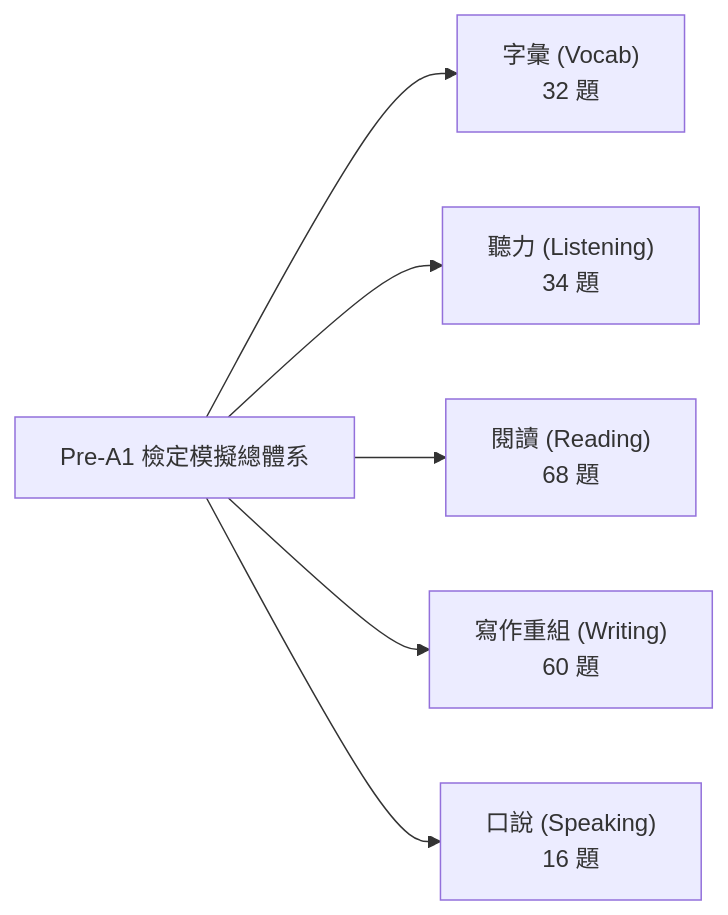
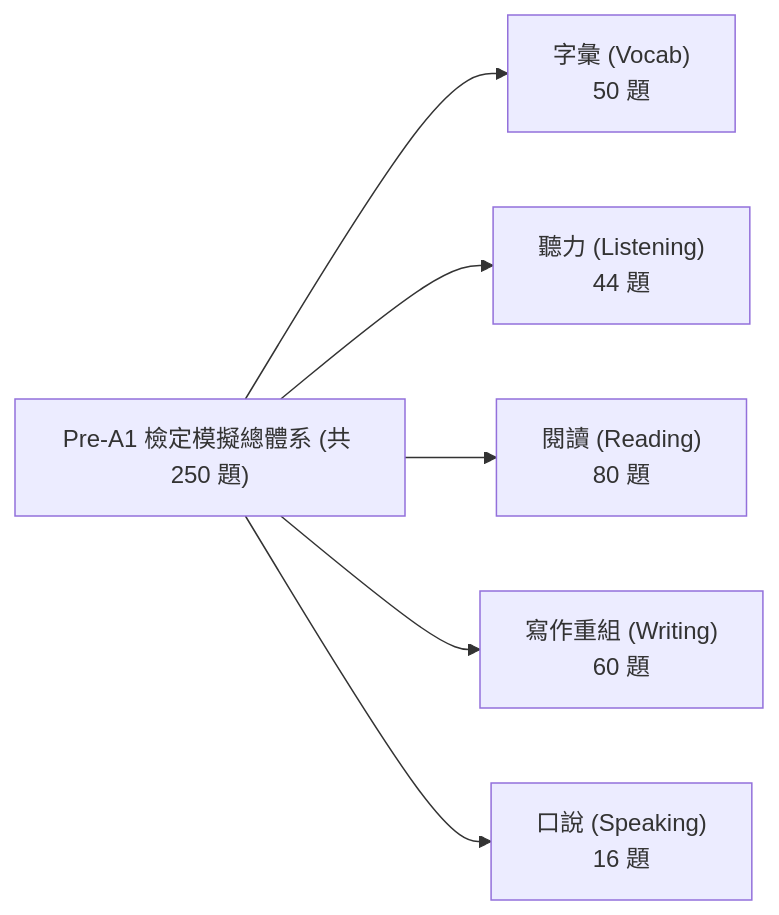
One commit to u864001/wutaivocab changed the diagram in docs/exam/TME_PRE_A1_EXAM_SPEC_AND_GUIDE.md. Above: the diagram before and after it, drawn with Mermaid. The commit also changed 6 other files, not shown here.

````diff
--- a/docs/exam/TME_PRE_A1_EXAM_SPEC_AND_GUIDE.md
+++ b/docs/exam/TME_PRE_A1_EXAM_SPEC_AND_GUIDE.md
@@ -12,8 +12,8 @@
 ```mermaid
 flowchart LR
-    A["Pre-A1 檢定模擬總體系"] --> B["字彙 (Vocab)<br/>32 題"]
-    A --> C["聽力 (Listening)<br/>34 題"]
-    A --> D["閱讀 (Reading)<br/>68 題"]
+    A["Pre-A1 檢定模擬總體系 (共 250 題)"] --> B["字彙 (Vocab)<br/>50 題"]
+    A --> C["聽力 (Listening)<br/>44 題"]
+    A --> D["閱讀 (Reading)<br/>80 題"]
     A --> E["寫作重組 (Writing)<br/>60 題"]
     A --> F["口說 (Speaking)<br/>16 題"]
 ```
````
